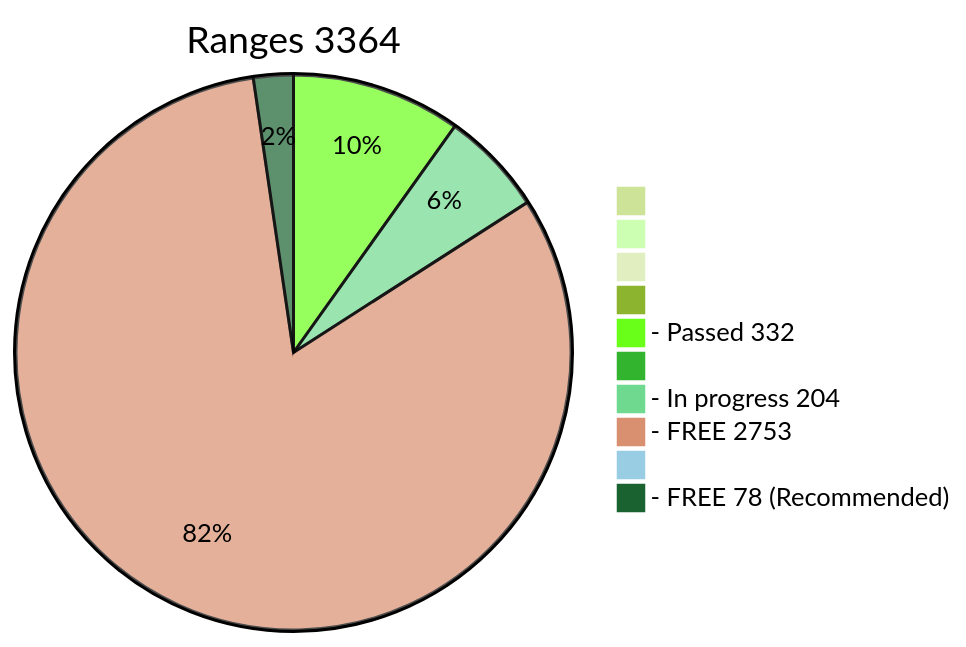
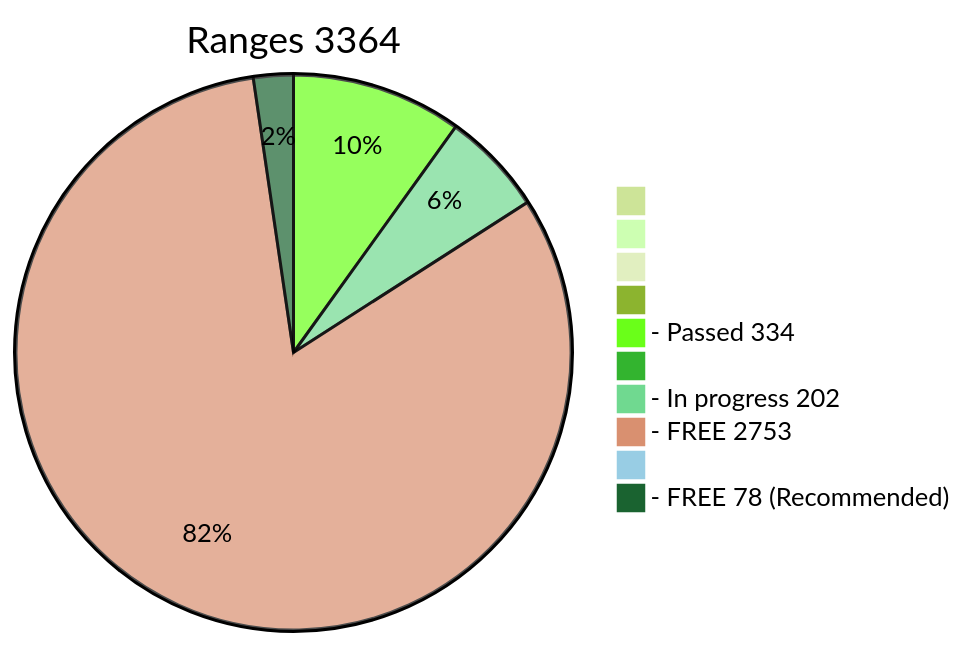
One commit to phrutis/wif500 changed the diagram in x64/Release/table.md. Above: the diagram before and after it, drawn with Mermaid (forest theme). The commit also changed other lines of this file, not shown here.

````diff
--- a/x64/Release/table.md
+++ b/x64/Release/table.md
@@ -2,13 +2,13 @@
 ```mermaid
 pie title Ranges 3364
   " " : 0
   "  " : 0
   "   " : 0
   "    " : 0
-  "- Passed 332" : 332
+  "- Passed 334" : 334
   "     " : 0
-  "- In progress 204" : 204
+  "- In progress 202" : 202
   "- FREE 2753" : 2753
   "      " : 0
   "- FREE 78 (Recommended)" : 78
 ```
````
